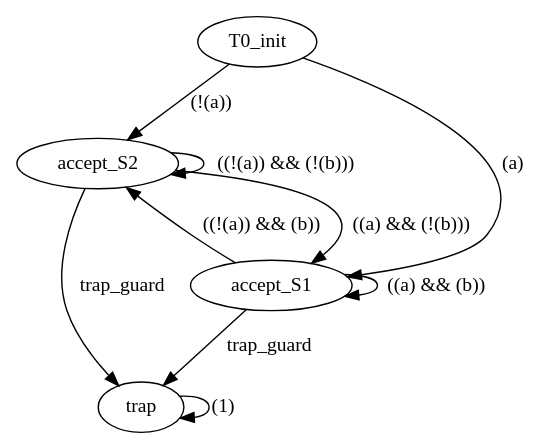
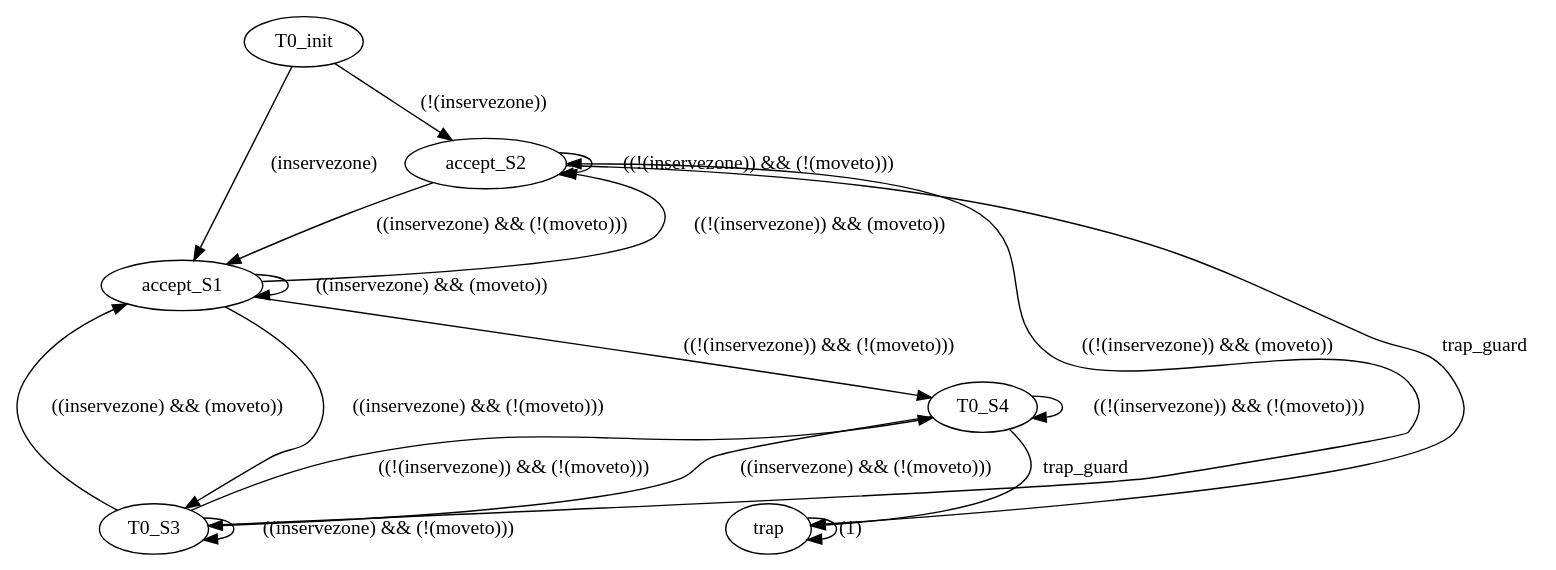
The diagram in docker/dirs-to-copy/tl_utils/sandbox/figures/g.dot (xli4217/cbf_learning_feasibility), drawn with Graphviz before and after one commit. The commit also changed 15 other files, not shown here.

```diff
--- a/docker/dirs-to-copy/tl_utils/sandbox/figures/g.dot
+++ b/docker/dirs-to-copy/tl_utils/sandbox/figures/g.dot
@@ -1,15 +1,25 @@
 digraph "" {
+T0_init;
 accept_S2;
-T0_init;
 accept_S1;
+T0_S3;
 trap;
-accept_S2 -> accept_S2  [guard="((!(a)) && (!(b)))", input="set([0])", key=0, label="((!(a)) && (!(b)))", weight=0];
-accept_S2 -> accept_S1  [guard="((a) && (!(b)))", input="set([1])", key=0, label="((a) && (!(b)))", weight=0];
-accept_S2 -> trap  [guard=trap_guard, input="set([2, 3])", key=0, label=trap_guard, weight=0];
-T0_init -> accept_S2  [guard="(!(a))", input="set([0, 2])", key=0, label="(!(a))", weight=0];
-T0_init -> accept_S1  [guard="(a)", input="set([1, 3])", key=0, label="(a)", weight=0];
-accept_S1 -> accept_S2  [guard="((!(a)) && (b))", input="set([2])", key=0, label="((!(a)) && (b))", weight=0];
-accept_S1 -> accept_S1  [guard="((a) && (b))", input="set([3])", key=0, label="((a) && (b))", weight=0];
-accept_S1 -> trap  [guard=trap_guard, input="set([0, 1])", key=0, label=trap_guard, weight=0];
+T0_S4;
+T0_init -> accept_S2  [guard="(!(inservezone))", input="set([0, 1])", key=0, label="(!(inservezone))", weight=0];
+T0_init -> accept_S1  [guard="(inservezone)", input="set([2, 3])", key=0, label="(inservezone)", weight=0];
+accept_S2 -> accept_S2  [guard="((!(inservezone)) && (!(moveto)))", input="set([0])", key=0, label="((!(inservezone)) && (!(moveto)))", weight=0];
+accept_S2 -> accept_S1  [guard="((inservezone) && (!(moveto)))", input="set([2])", key=0, label="((inservezone) && (!(moveto)))", weight=0];
+accept_S2 -> trap  [guard=trap_guard, input="set([1, 3])", key=0, label=trap_guard, weight=0];
+accept_S1 -> T0_S3  [guard="((inservezone) && (!(moveto)))", input="set([2])", key=0, label="((inservezone) && (!(moveto)))", weight=0];
+accept_S1 -> accept_S2  [guard="((!(inservezone)) && (moveto))", input="set([1])", key=0, label="((!(inservezone)) && (moveto))", weight=0];
+accept_S1 -> accept_S1  [guard="((inservezone) && (moveto))", input="set([3])", key=0, label="((inservezone) && (moveto))", weight=0];
+accept_S1 -> T0_S4  [guard="((!(inservezone)) && (!(moveto)))", input="set([0])", key=0, label="((!(inservezone)) && (!(moveto)))", weight=0];
+T0_S3 -> T0_S3  [guard="((inservezone) && (!(moveto)))", input="set([2])", key=0, label="((inservezone) && (!(moveto)))", weight=0];
+T0_S3 -> accept_S2  [guard="((!(inservezone)) && (moveto))", input="set([1])", key=0, label="((!(inservezone)) && (moveto))", weight=0];
+T0_S3 -> accept_S1  [guard="((inservezone) && (moveto))", input="set([3])", key=0, label="((inservezone) && (moveto))", weight=0];
+T0_S3 -> T0_S4  [guard="((!(inservezone)) && (!(moveto)))", input="set([0])", key=0, label="((!(inservezone)) && (!(moveto)))", weight=0];
 trap -> trap  [guard="(1)", input="set([0, 1, 2, 3])", key=0, label="(1)", weight=0];
+T0_S4 -> T0_S3  [guard="((inservezone) && (!(moveto)))", input="set([2])", key=0, label="((inservezone) && (!(moveto)))", weight=0];
+T0_S4 -> trap  [guard=trap_guard, input="set([1, 3])", key=0, label=trap_guard, weight=0];
+T0_S4 -> T0_S4  [guard="((!(inservezone)) && (!(moveto)))", input="set([0])", key=0, label="((!(inservezone)) && (!(moveto)))", weight=0];
 }
```
